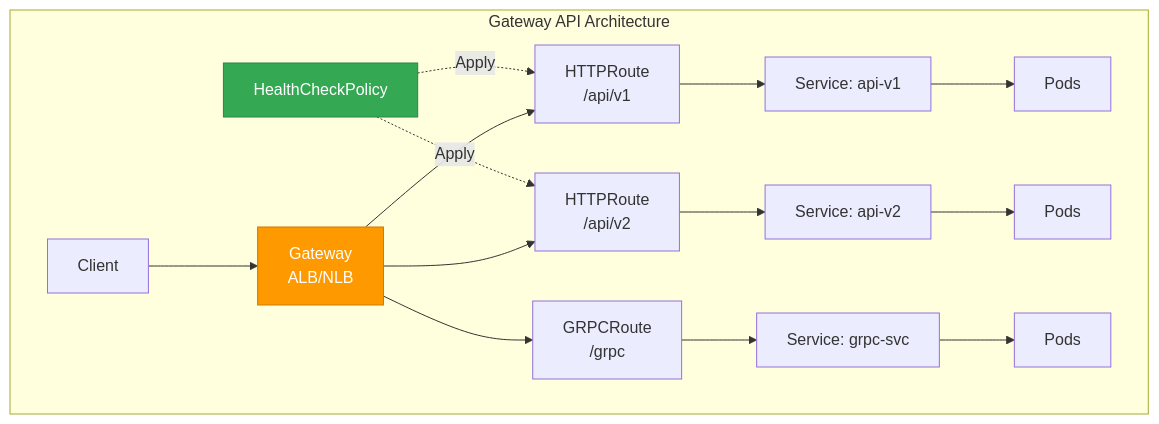
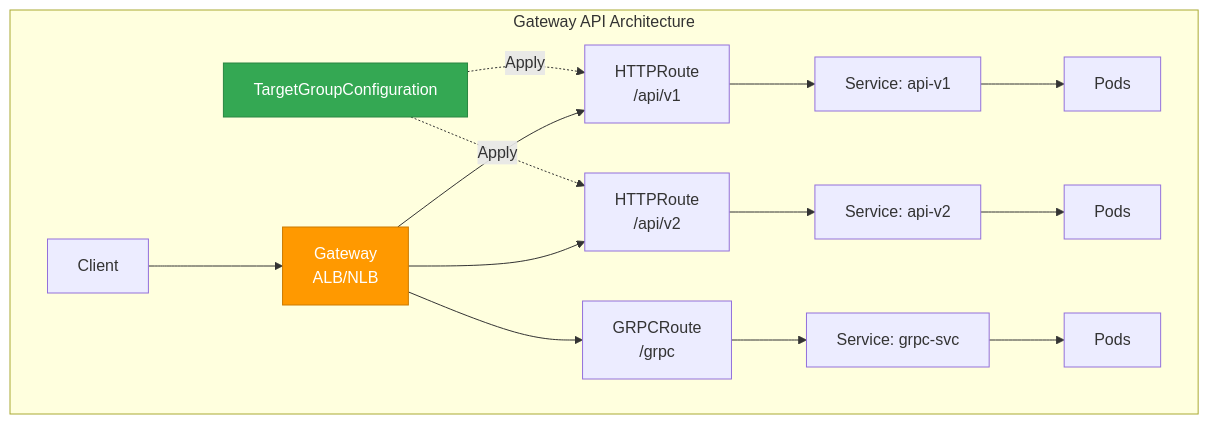
Before and after one commit to devfloor9/engineering-playbook: the second of 2 diagrams in docs/eks-best-practices/operations-reliability/pod-lifecycle/probe-load-balancers.md, drawn with Mermaid. The commit also changed other lines of this file and 5 other files, not shown here.

````diff
--- a/docs/eks-best-practices/operations-reliability/pod-lifecycle/probe-load-balancers.md
+++ b/docs/eks-best-practices/operations-reliability/pod-lifecycle/probe-load-balancers.md
@@ -179,23 +186,23 @@
 ```mermaid
 flowchart TB
     subgraph "Gateway API Architecture"
         Client[Client] --> Gateway[Gateway<br/>ALB/NLB]
         Gateway --> HTTPRoute1[HTTPRoute<br/>/api/v1]
         Gateway --> HTTPRoute2[HTTPRoute<br/>/api/v2]
         Gateway --> GRPCRoute[GRPCRoute<br/>/grpc]
 
         HTTPRoute1 --> Service1[Service: api-v1]
         HTTPRoute2 --> Service2[Service: api-v2]
         GRPCRoute --> Service3[Service: grpc-svc]
 
         Service1 --> Pod1[Pods]
         Service2 --> Pod2[Pods]
         Service3 --> Pod3[Pods]
 
-        Policy[HealthCheckPolicy] -.->|Apply| HTTPRoute1
+        Policy[TargetGroupConfiguration] -.->|Apply| HTTPRoute1
         Policy -.->|Apply| HTTPRoute2
     end
 
     style Gateway fill:#ff9900,stroke:#cc7a00,color:#fff
     style Policy fill:#34a853,stroke:#2a8642,color:#fff
 ```
````
